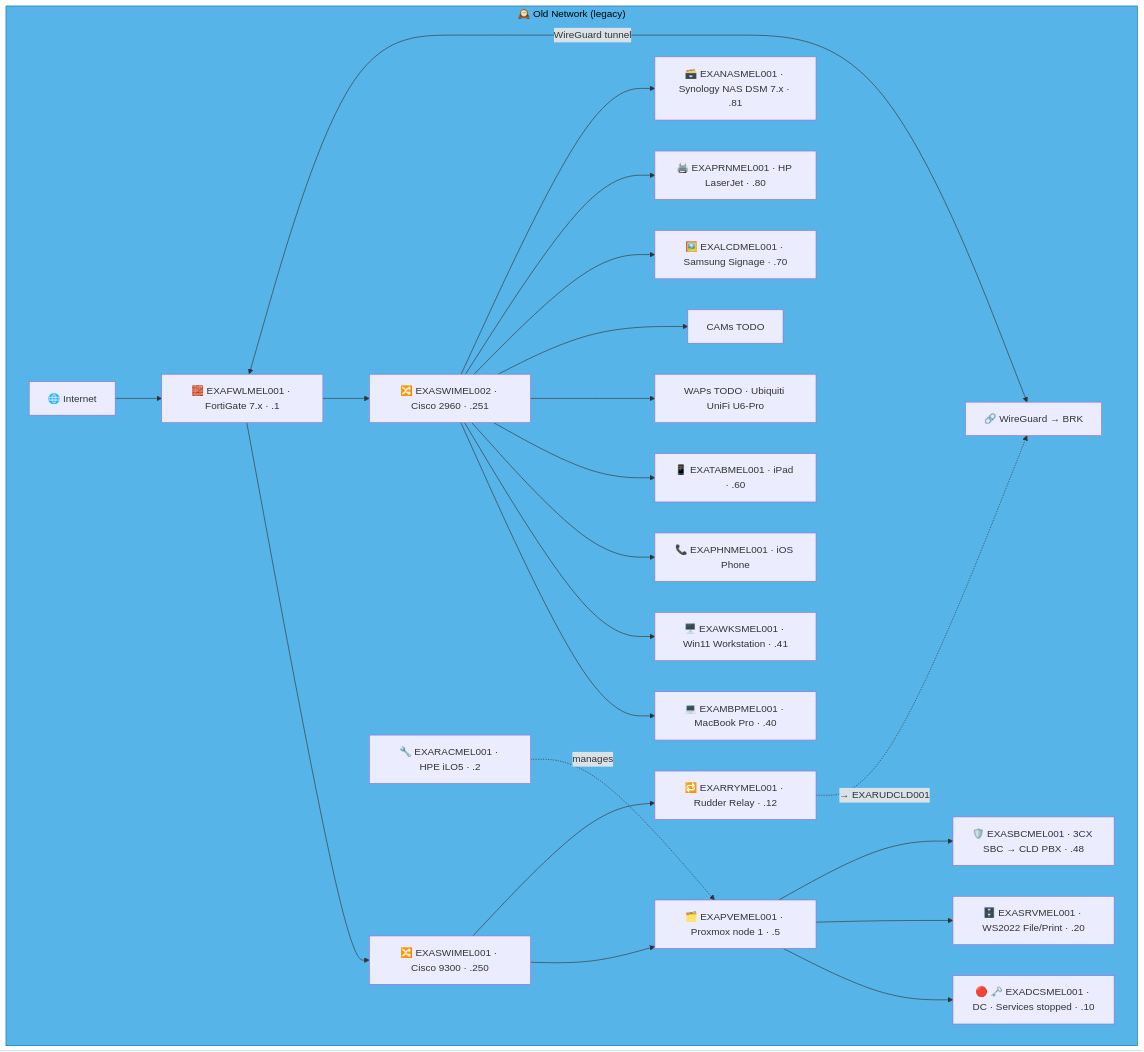
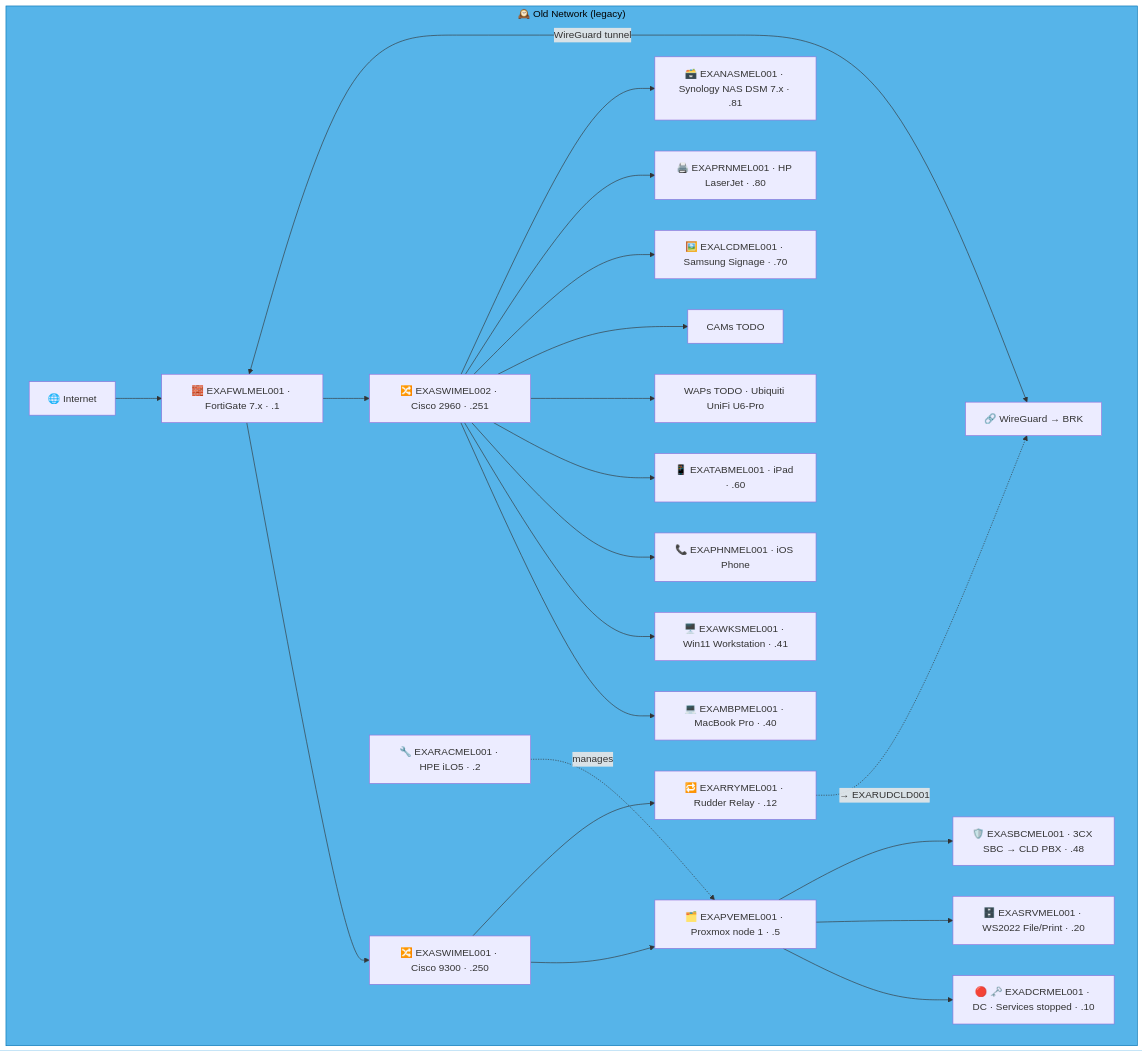
One commit to knightmare2600/example_music_infra changed the fifth of 6 diagrams in docs/network-diagram/australia.md. Above: the diagram before and after it, drawn with Mermaid. The commit also changed other lines of this file and 8 other files, not shown here.

````diff
--- a/docs/network-diagram/australia.md
+++ b/docs/network-diagram/australia.md
@@ -280,36 +270,36 @@
 ```mermaid
 graph TD
     subgraph OLD_MEL ["🕰️ Old Network (legacy)"]
       INET["🌐 Internet"]
       FWL["🧱 EXAFWLMEL001 · FortiGate 7.x · .1"]
       SW1["🔀 EXASWIMEL001 · Cisco 9300 · .250"]
       SW2["🔀 EXASWIMEL002 · Cisco 2960 · .251"]
       RAC["🔧 EXARACMEL001 · HPE iLO5 · .2"]
       PVE["🗂️ EXAPVEMEL001 · Proxmox node 1 · .5"]
-      DC["🔴 🗝️ EXADCSMEL001 · DC · Services stopped · .10"]
+      DC["🔴 🗝️ EXADCRMEL001 · DC · Services stopped · .10"]
       SRV["🗄️ EXASRVMEL001 · WS2022 File/Print · .20"]
       SBC["🛡️ EXASBCMEL001 · 3CX SBC → CLD PBX · .48"]
       RRY["🔁 EXARRYMEL001 · Rudder Relay · .12"]
       MBP["💻 EXAMBPMEL001 · MacBook Pro · .40"]
       WKS["🖥️ EXAWKSMEL001 · Win11 Workstation · .41"]
       PHN["📞 EXAPHNMEL001 · iOS Phone"]
       TAB["📱 EXATABMEL001 · iPad · .60"]
       WAP["WAPs TODO · Ubiquiti UniFi U6-Pro"]
       CAM["CAMs TODO"]
       LCD["🖼️ EXALCDMEL001 · Samsung Signage · .70"]
       PRN["🖨️ EXAPRNMEL001 · HP LaserJet · .80"]
       NAS["🗃️ EXANASMEL001 · Synology NAS DSM 7.x · .81"]
       VPN["🔗 WireGuard → BRK"]
 
       INET --> FWL --> SW1 & SW2
       SW1 --> PVE --> DC & SRV & SBC
       RAC -.->|"manages"| PVE
       SW2 --> MBP & WKS & PHN & TAB & WAP & CAM
       SW2 --> LCD & PRN & NAS
       FWL <-->|"WireGuard tunnel"| VPN
 
       SW1 --> RRY
       RRY -. "→ EXARUDCLD001" .-> VPN
     end
     style OLD_MEL fill:#56B4E9,stroke:#0072B2,color:#000000
 ```
````
